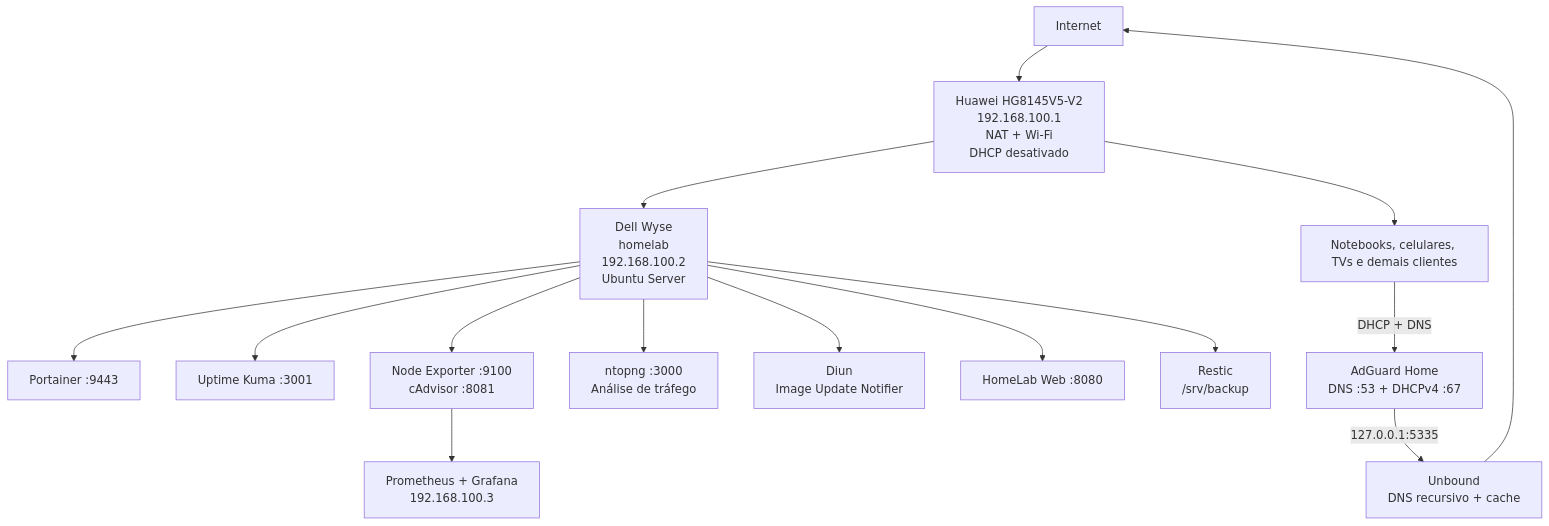
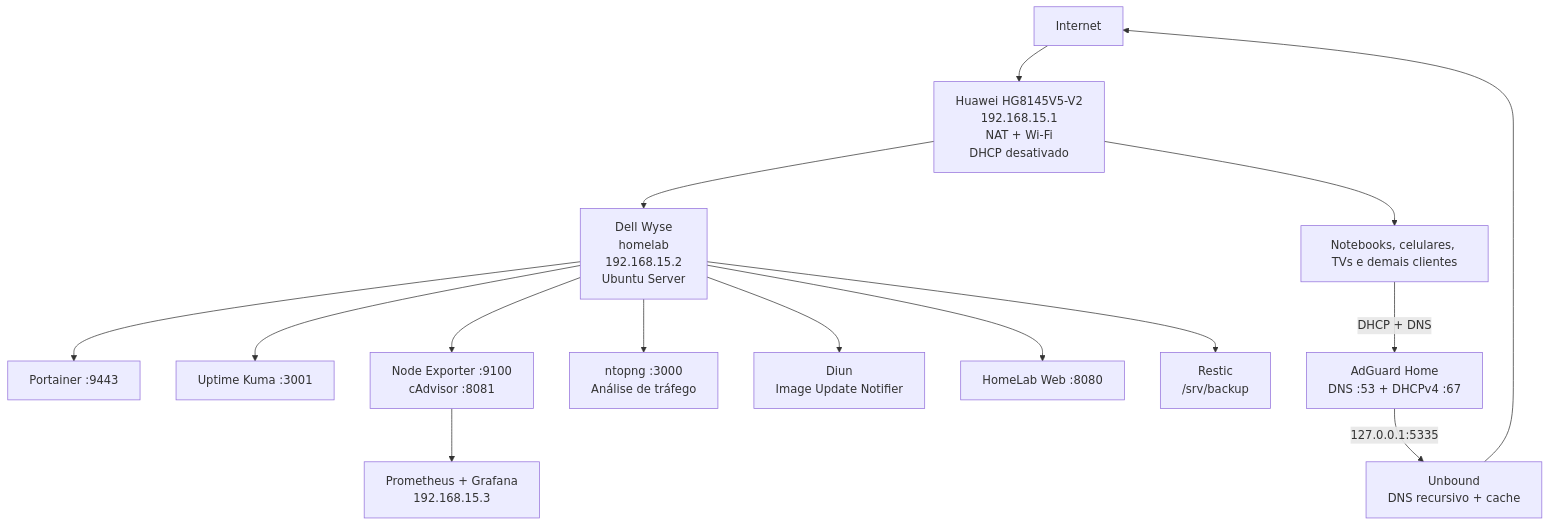
The diagram in docs/00-Arquitetura.md (leonardodebs/homelab-infrastructure-server), drawn with Mermaid before and after one commit. The commit also changed other lines of this file and 23 other files, not shown here.

````diff
--- a/docs/00-Arquitetura.md
+++ b/docs/00-Arquitetura.md
@@ -37,17 +37,17 @@
 ```mermaid
 flowchart TD
-    Internet --> Huawei[Huawei HG8145V5-V2\n192.168.100.1\nNAT + Wi-Fi\nDHCP desativado]
-    Huawei --> Wyse[Dell Wyse\nhomelab\n192.168.100.2\nUbuntu Server]
+    Internet --> Huawei[Huawei HG8145V5-V2\n192.168.15.1\nNAT + Wi-Fi\nDHCP desativado]
+    Huawei --> Wyse[Dell Wyse\nhomelab\n192.168.15.2\nUbuntu Server]
     Huawei --> Clientes[Notebooks, celulares, TVs e demais clientes]
     Clientes -->|DHCP + DNS| AdGuard[AdGuard Home\nDNS :53 + DHCPv4 :67]
     AdGuard -->|127.0.0.1:5335| Unbound[Unbound\nDNS recursivo + cache]
     Unbound --> Internet
     Wyse --> Portainer[Portainer :9443]
     Wyse --> Kuma[Uptime Kuma :3001]
     Wyse --> Exporters[Node Exporter :9100\ncAdvisor :8081]
-    Exporters --> Grafana[Prometheus + Grafana\n192.168.100.3]
+    Exporters --> Grafana[Prometheus + Grafana\n192.168.15.3]
     Wyse --> Ntop[ntopng :3000\nAnálise de tráfego]
     Wyse --> Diun[Diun\nImage Update Notifier]
     Wyse --> Portal[HomeLab Web :8080]
     Wyse --> Backup[Restic\n/srv/backup]
 ```
````
